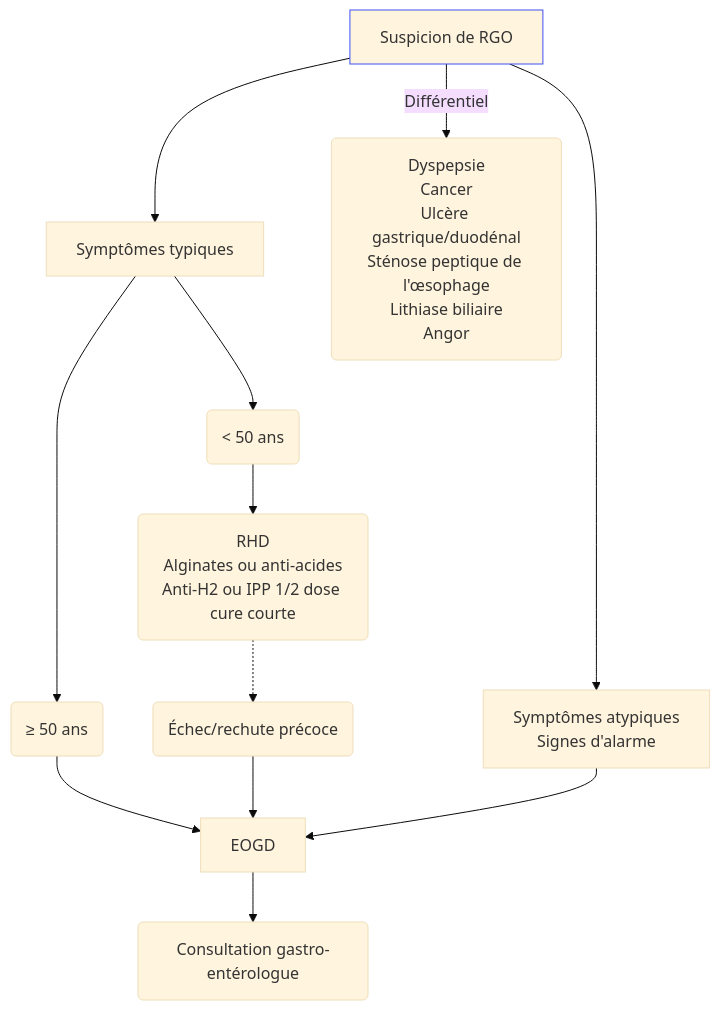
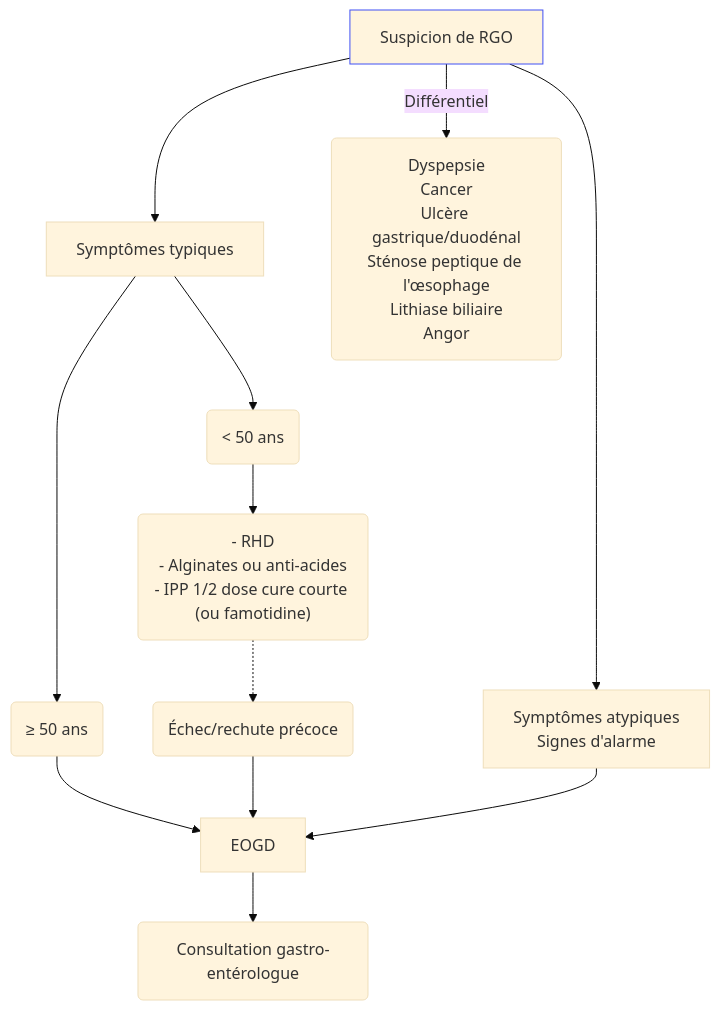
The diagram in content/recommandations/reflux-gastro-oesophagien.md (djibe/recommandations-medicales), drawn with Mermaid (base theme) before and after one commit. The commit also changed other lines of this file and 2 other files, not shown here.

Commit message:
AVF flowchart + RGO rework

```diff
--- a/content/recommandations/reflux-gastro-oesophagien.md
+++ b/content/recommandations/reflux-gastro-oesophagien.md
@@ -224,15 +259,15 @@
 {{< mermaid title="Conduite à tenir devant un reflux gastro-œsophagien. Dr JB FRON d'après SNFGE" >}}
 graph TB
   RGO[Suspicion de RGO] --> atypique
   style RGO stroke:#4150f5, stroke-width:1px
   RGO --> typique
     typique["Symptômes typiques"] --> 50-("&lt; 50 ans")
     typique --> 50+("&ge; 50 ans")
       50+ --> EOGD
-      50- --> RHD("RHD<br>Alginates ou anti-acides<br>Anti-H2 ou IPP 1/2 dose cure courte")
+      50- --> RHD("- RHD<br>- Alginates ou anti-acides<br>- IPP 1/2 dose cure courte (ou famotidine)")
         RHD -.-> typIncomplet(Échec/rechute précoce)
           typIncomplet --> EOGD
         EOGD --> csGastro(Consultation gastro-entérologue)
     atypique["Symptômes atypiques<br>Signes d'alarme"] --> EOGD
   RGO -- Différentiel --> differentiel("Dyspepsie<br>Cancer<br>Ulcère gastrique/duodénal<br>Sténose peptique de l'œsophage<br>Lithiase biliaire<br>Angor")
 {{< /mermaid >}}
```
